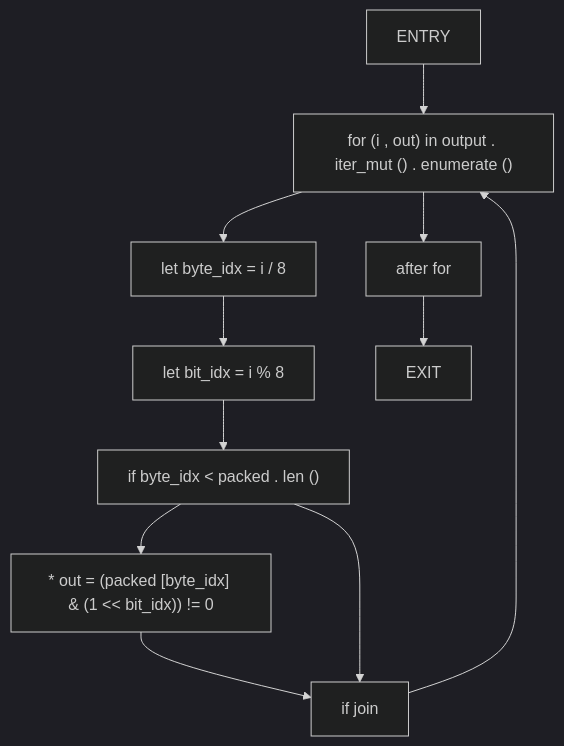
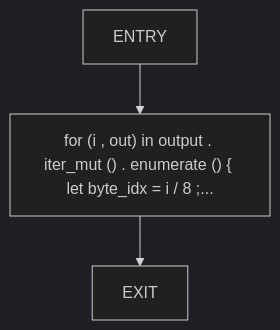
Before and after one commit to cicero-violate/MMSB: the fourth of 40 diagrams in docs/analysis/cfg/010-src-01_page.md, drawn with Mermaid (dark theme). The commit also changed other lines of this file and 865 other files, not shown here.

````diff
--- a/docs/analysis/cfg/010-src-01_page.md
+++ b/docs/analysis/cfg/010-src-01_page.md
@@ -99,22 +83,8 @@
 ```mermaid
 flowchart TD
     bitunpack_mask_0["ENTRY"]
-    bitunpack_mask_1["for (i , out) in output . iter_mut () . enumerate ()"]
-    bitunpack_mask_2["let byte_idx = i / 8"]
-    bitunpack_mask_3["let bit_idx = i % 8"]
-    bitunpack_mask_4["if byte_idx < packed . len ()"]
-    bitunpack_mask_5["* out = (packed [byte_idx] & (1 << bit_idx)) != 0"]
-    bitunpack_mask_6["if join"]
-    bitunpack_mask_7["after for"]
-    bitunpack_mask_8["EXIT"]
+    bitunpack_mask_1["for (i , out) in output . iter_mut () . enumerate () { let byte_idx = i / 8 ;..."]
+    bitunpack_mask_2["EXIT"]
     bitunpack_mask_0 --> bitunpack_mask_1
     bitunpack_mask_1 --> bitunpack_mask_2
-    bitunpack_mask_2 --> bitunpack_mask_3
-    bitunpack_mask_3 --> bitunpack_mask_4
-    bitunpack_mask_4 --> bitunpack_mask_5
-    bitunpack_mask_5 --> bitunpack_mask_6
-    bitunpack_mask_4 --> bitunpack_mask_6
-    bitunpack_mask_6 --> bitunpack_mask_1
-    bitunpack_mask_1 --> bitunpack_mask_7
-    bitunpack_mask_7 --> bitunpack_mask_8
 ```
````
